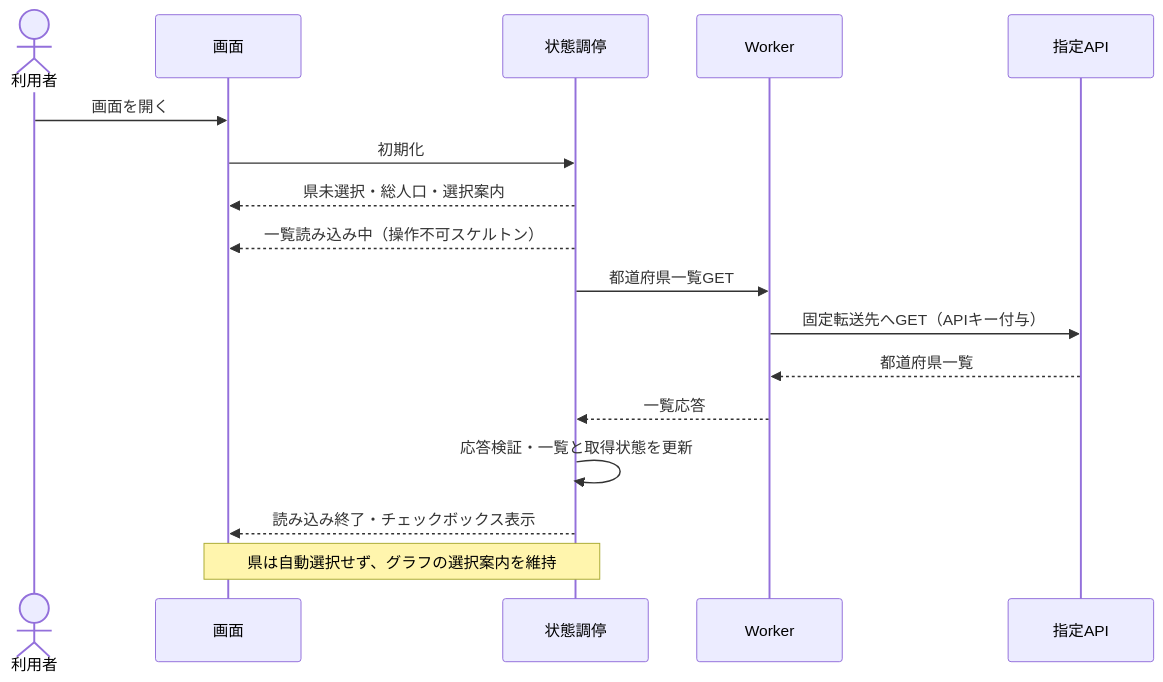
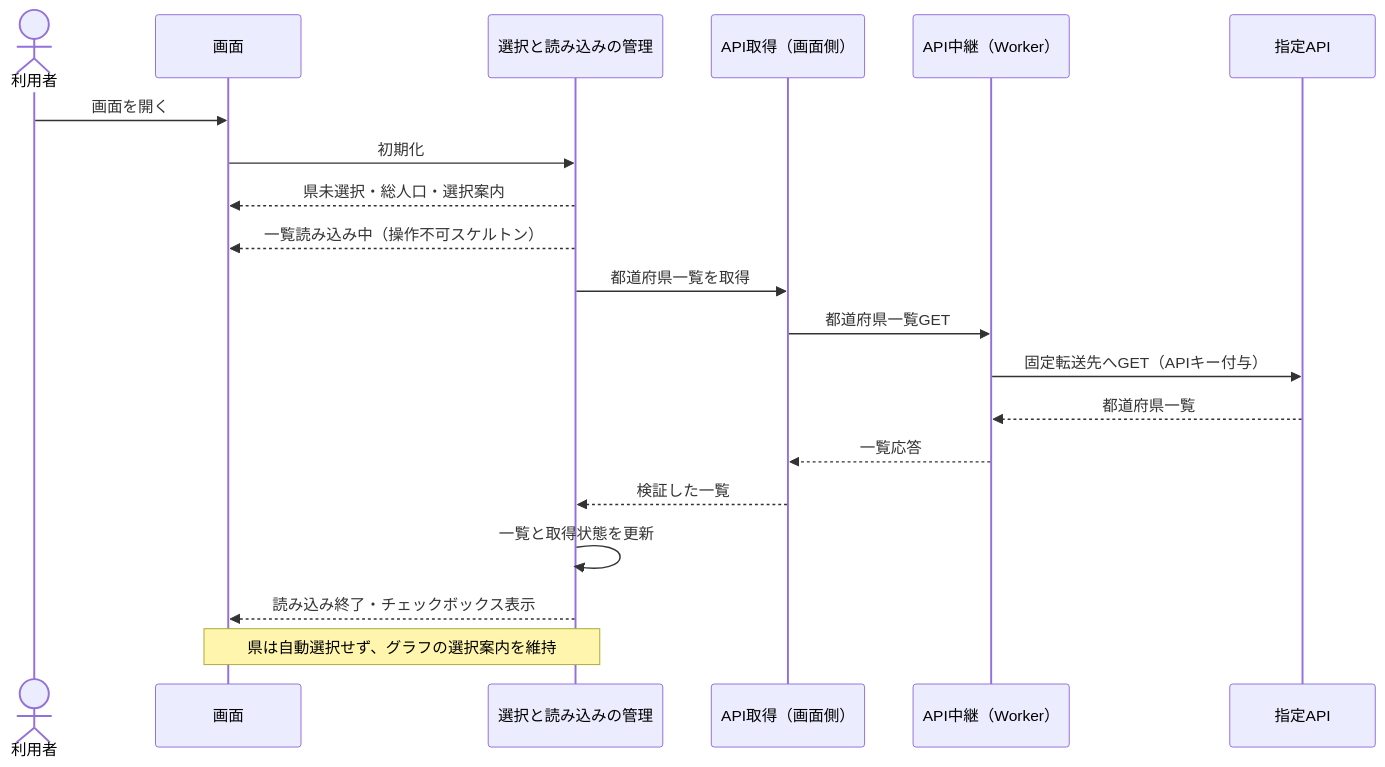
Before and after one commit to t2421/frontend-engineer-codecheck: the second of 5 diagrams in docs/DESIGN.md, drawn with Mermaid. The commit also changed other lines of this file, not shown here.

````diff
--- a/docs/DESIGN.md
+++ b/docs/DESIGN.md
@@ -46,19 +45,22 @@
 ```mermaid
 sequenceDiagram
   actor User as 利用者
   participant UI as 画面
-  participant State as 状態調停
-  participant Worker as Worker
+  participant State as 選択と読み込みの管理
+  participant Fetch as API取得（画面側）
+  participant Worker as API中継（Worker）
   participant API as 指定API
   User->>UI: 画面を開く
   UI->>State: 初期化
   State-->>UI: 県未選択・総人口・選択案内
   State-->>UI: 一覧読み込み中（操作不可スケルトン）
-  State->>Worker: 都道府県一覧GET
+  State->>Fetch: 都道府県一覧を取得
+  Fetch->>Worker: 都道府県一覧GET
   Worker->>API: 固定転送先へGET（APIキー付与）
   API-->>Worker: 都道府県一覧
-  Worker-->>State: 一覧応答
-  State->>State: 応答検証・一覧と取得状態を更新
+  Worker-->>Fetch: 一覧応答
+  Fetch-->>State: 検証した一覧
+  State->>State: 一覧と取得状態を更新
   State-->>UI: 読み込み終了・チェックボックス表示
   Note over UI,State: 県は自動選択せず、グラフの選択案内を維持
 ```
````
